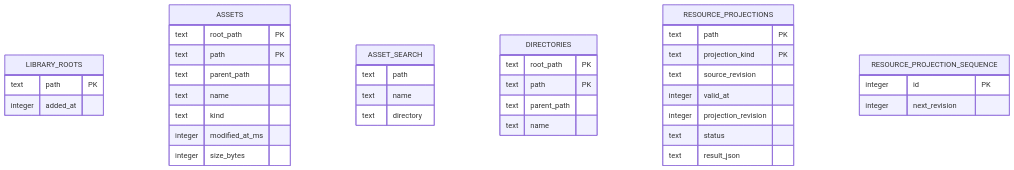
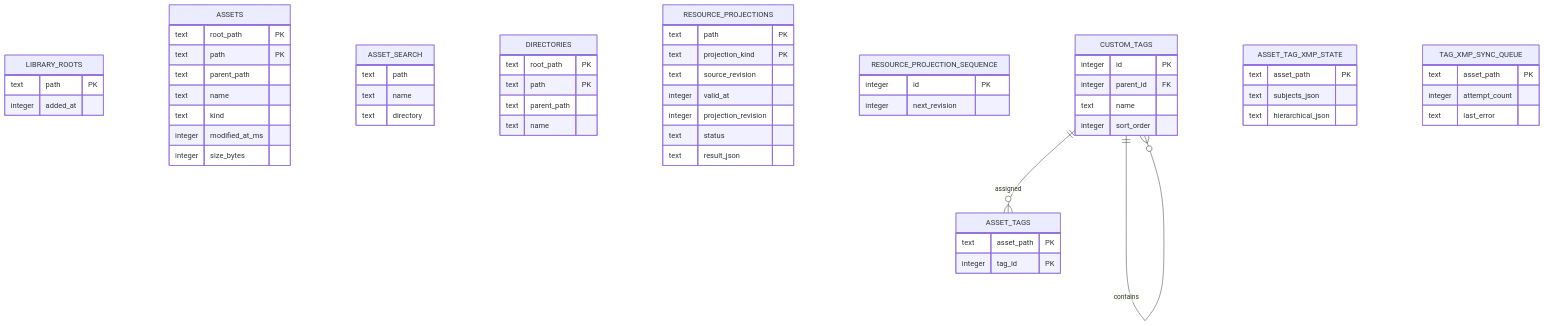
One commit to oxygenkun/oxyviewer changed the second of 3 diagrams in docs/architecture/05-data-and-state.md. Above: the diagram before and after it, drawn with Mermaid. The commit also changed other lines of this file and 30 other files, not shown here.

First line of the commit message:
feat(marking): add persistent hierarchical tags

````diff
--- a/docs/architecture/05-data-and-state.md
+++ b/docs/architecture/05-data-and-state.md
@@ -84,40 +84,62 @@
 ```mermaid
 erDiagram
     LIBRARY_ROOTS {
         text path PK
         integer added_at
     }
     ASSETS {
         text root_path PK
         text path PK
         text parent_path
         text name
         text kind
         integer modified_at_ms
         integer size_bytes
     }
     ASSET_SEARCH {
         text path
         text name
         text directory
     }
     DIRECTORIES {
         text root_path PK
         text path PK
         text parent_path
         text name
     }
     RESOURCE_PROJECTIONS {
         text path PK
         text projection_kind PK
         text source_revision
         integer valid_at
         integer projection_revision
         text status
         text result_json
     }
     RESOURCE_PROJECTION_SEQUENCE {
         integer id PK
         integer next_revision
     }
+    CUSTOM_TAGS {
+        integer id PK
+        integer parent_id FK
+        text name
+        integer sort_order
+    }
+    ASSET_TAGS {
+        text asset_path PK
+        integer tag_id PK
+    }
+    ASSET_TAG_XMP_STATE {
+        text asset_path PK
+        text subjects_json
+        text hierarchical_json
+    }
+    TAG_XMP_SYNC_QUEUE {
+        text asset_path PK
+        integer attempt_count
+        text last_error
+    }
+    CUSTOM_TAGS ||--o{ CUSTOM_TAGS : contains
+    CUSTOM_TAGS ||--o{ ASSET_TAGS : assigned
 ```
````
